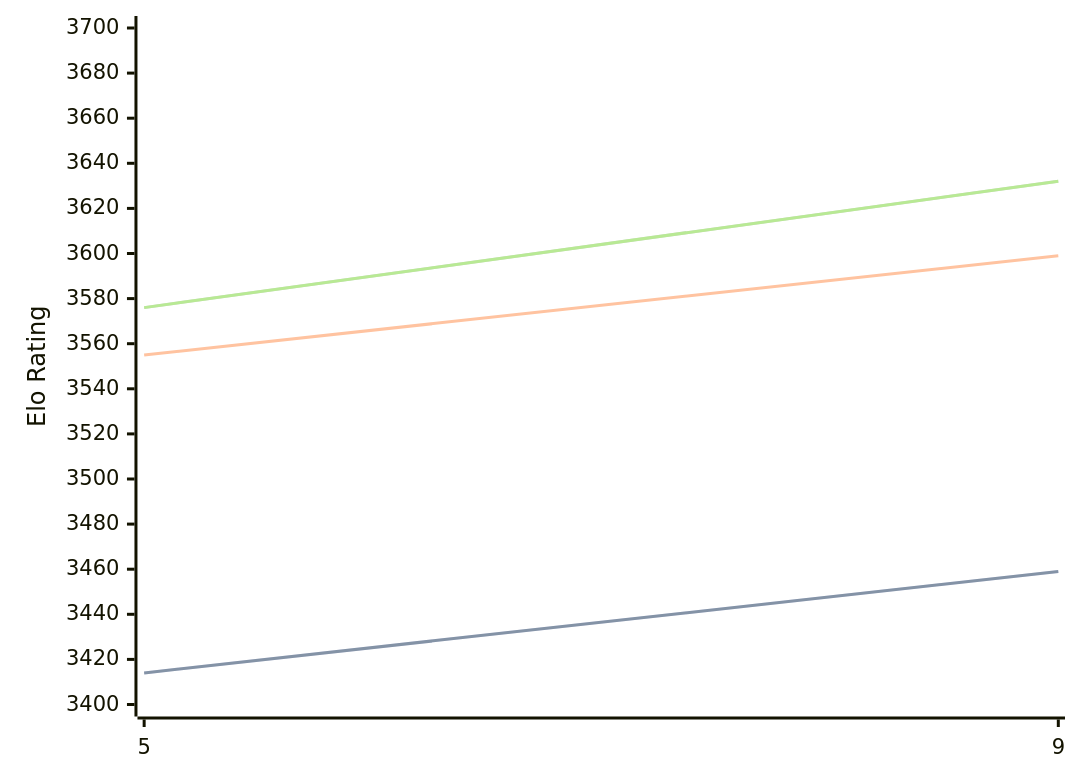
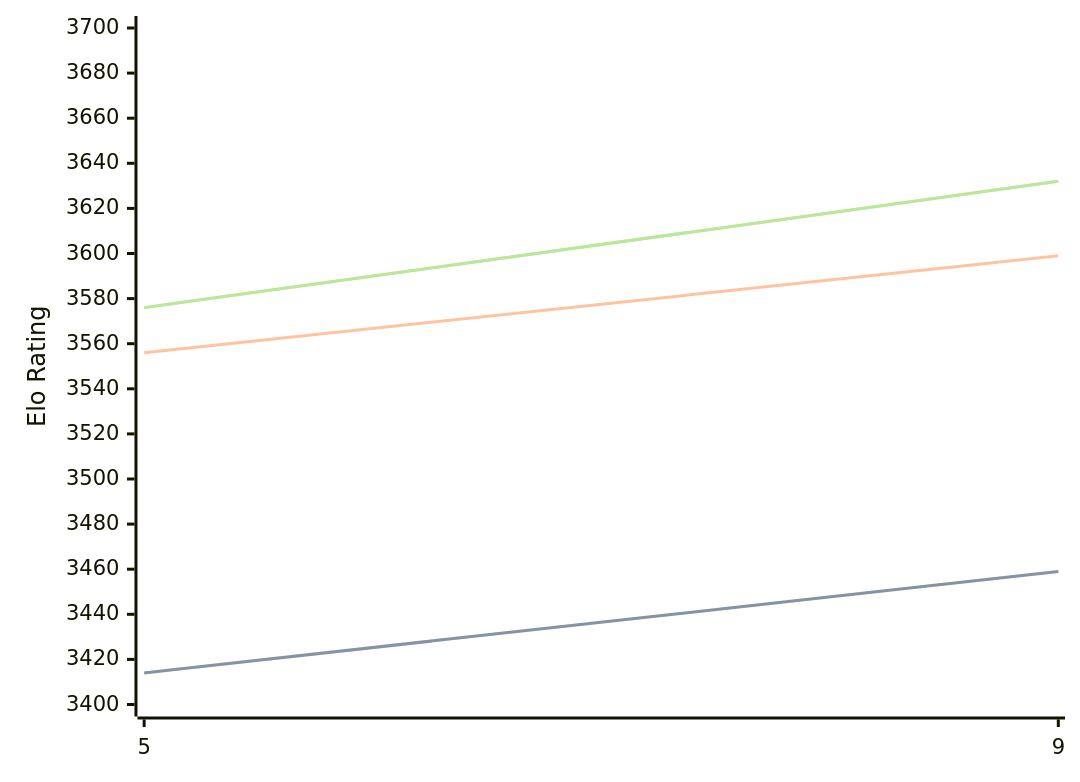
The diagram in engines/Crystal.md (computer-chess-index/cci), drawn with Mermaid before and after one commit. The commit also changed other lines of this file, not shown here.

````diff
--- a/engines/Crystal.md
+++ b/engines/Crystal.md
@@ -58,11 +58,11 @@
 ```mermaid
 %%{init: {"theme":"base","themeVariables":{"seriesColors:['#a3a3a3','#222221','#faa371']}}}%%
 xychart-beta
   x-axis ["5", "9"]
   y-axis "Elo Rating" 3400 --> 3700
   line "STC (8.0+0.08s)" [3414, 3459]
   line "STC (8.0+0.08s)" [3414, 3459]
-  line "LTC (60.0+0.60s)" [3555, 3599]
+  line "LTC (60.0+0.60s)" [3556, 3599]
   line "VLTC (2m24s+1.12s)" [3576, 3632]
   line "VLTC (2m24s+1.12s)" [3576, 3632]
 ```
````
